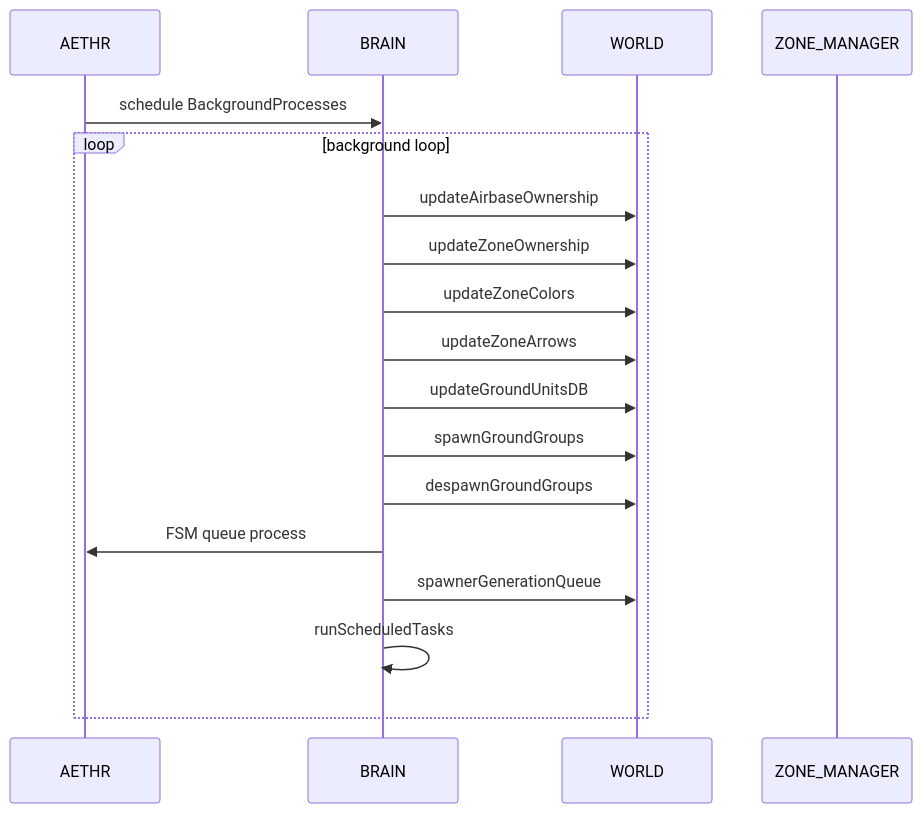
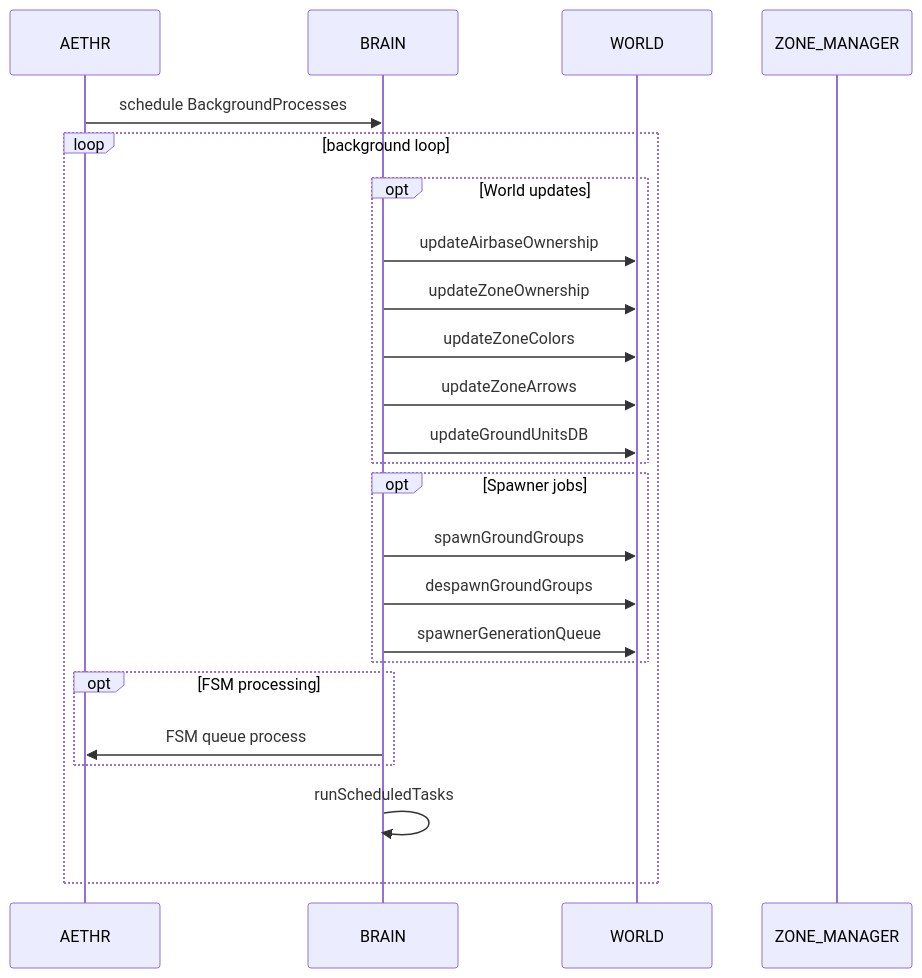
The fourth of 4 diagrams in docs/aethr/README.md (Gh0st352/AETHR), drawn with Mermaid before and after one commit. The commit also changed other lines of this file and 6 other files, not shown here.

First line of the commit message:
docs(aethr): normalize headings and mermaid diagrams

````diff
--- a/docs/aethr/README.md
+++ b/docs/aethr/README.md
@@ -140,22 +138,28 @@
 ```mermaid
 %% shared theme: docs/_mermaid/theme.json %%
 sequenceDiagram
   participant A as AETHR
   participant B as BRAIN
   participant W as WORLD
   participant Z as ZONE_MANAGER
 
   A->>B: schedule BackgroundProcesses
   loop background loop
-    B->>W: updateAirbaseOwnership
-    B->>W: updateZoneOwnership
-    B->>W: updateZoneColors
-    B->>W: updateZoneArrows
-    B->>W: updateGroundUnitsDB
-    B->>W: spawnGroundGroups
-    B->>W: despawnGroundGroups
-    B->>A: FSM queue process
-    B->>W: spawnerGenerationQueue
+    opt World updates
+      B->>W: updateAirbaseOwnership
+      B->>W: updateZoneOwnership
+      B->>W: updateZoneColors
+      B->>W: updateZoneArrows
+      B->>W: updateGroundUnitsDB
+    end
+    opt Spawner jobs
+      B->>W: spawnGroundGroups
+      B->>W: despawnGroundGroups
+      B->>W: spawnerGenerationQueue
+    end
+    opt FSM processing
+      B->>A: FSM queue process
+    end
     B->>B: runScheduledTasks
   end
 ```
````
